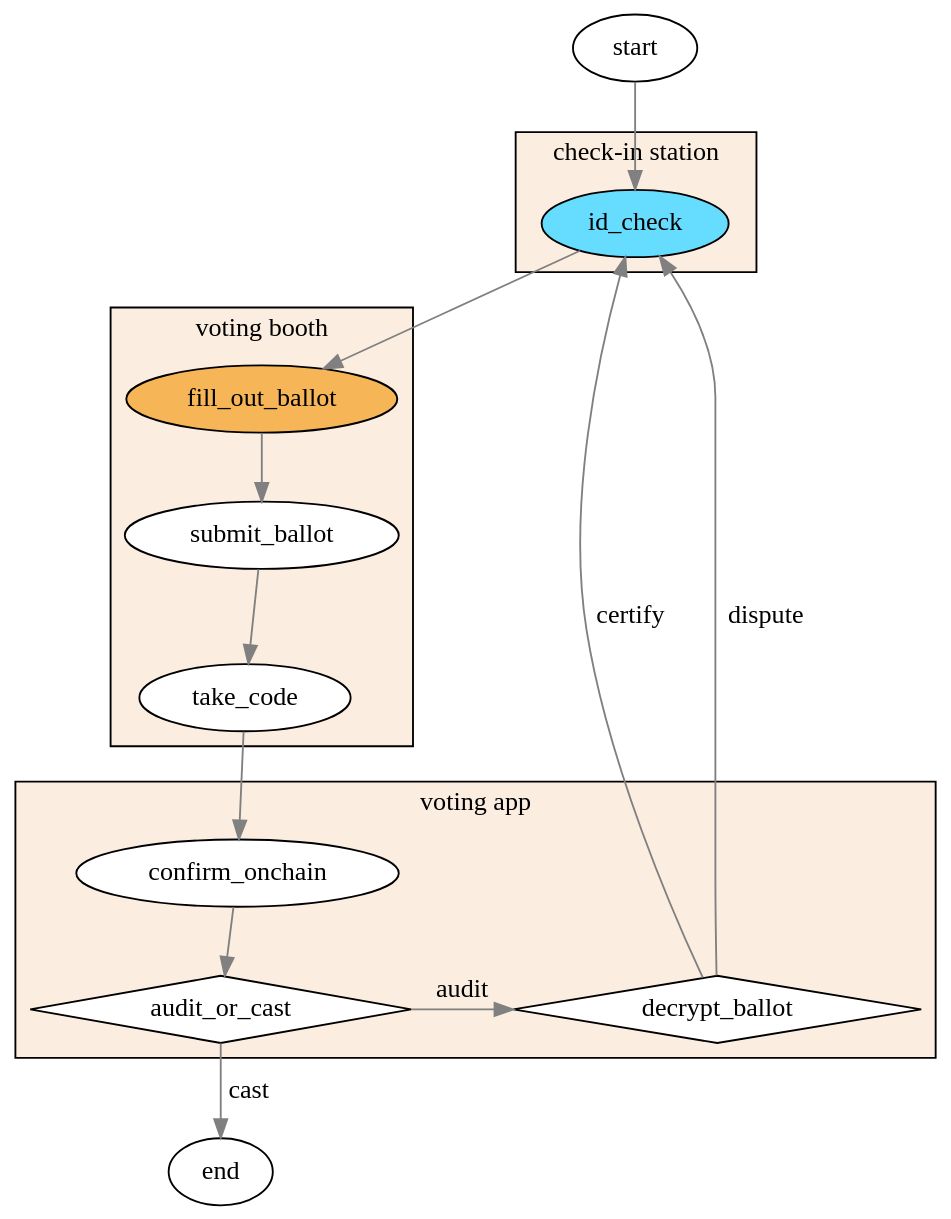
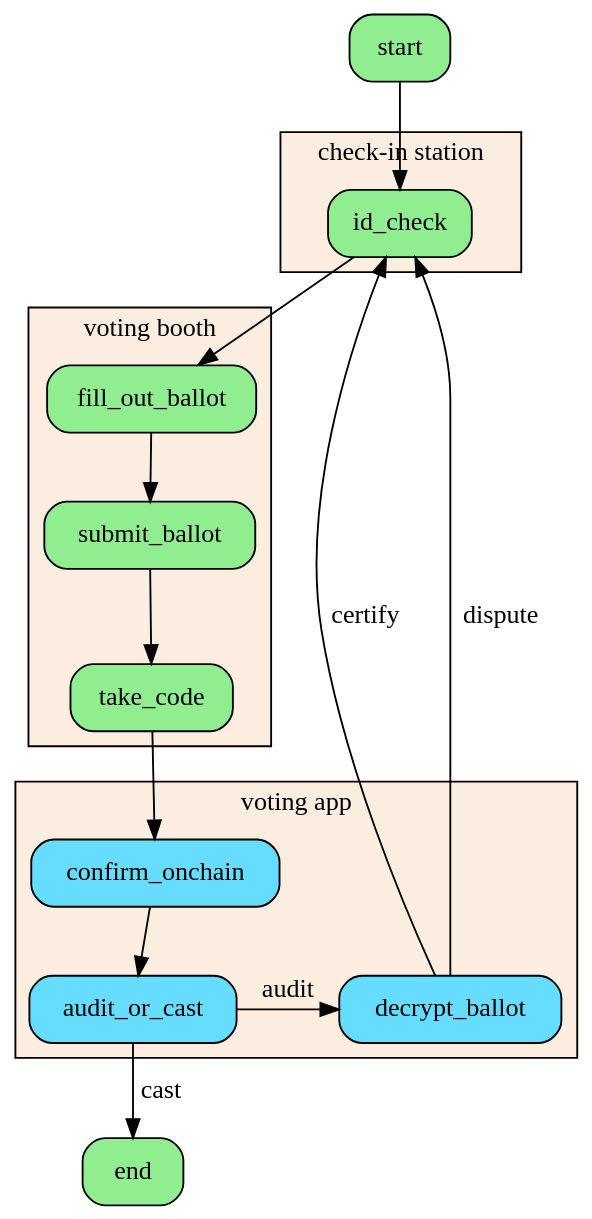
Before and after one commit to jefdaj/cryptoisland: the diagram in src/posts/2024/10/15/mechanics-of-the-benaloh-challenge/proposed-workflow.dot, drawn with Graphviz. The commit also changed 4 other files, not shown here.

```diff
--- a/src/posts/2024/10/15/mechanics-of-the-benaloh-challenge/proposed-workflow.dot
+++ b/src/posts/2024/10/15/mechanics-of-the-benaloh-challenge/proposed-workflow.dot
@@ -1,53 +1,54 @@
 digraph proposed_workflow {
   rankdir=TB
   bgcolor=transparent
-  node [style=filled, fillcolor=white]
-  edge [color=grey]
+  node [shape=box, style="rounded,filled", fillcolor=lightgreen]
+  // edge [color=grey]
 
   start -> id_check
   subgraph cluster_checkin {
     label="check-in station"
     bgcolor="#fbeee0"
     // id_check -> mint_vip_nft
-    id_check [fillcolor="#66ddff"] // blue
+    id_check
   }
   subgraph cluster_votingbooth {
     label="voting booth"
     bgcolor="#fbeee0"
-    fill_out_ballot [fillcolor="#F6B657"] // orange
+    fill_out_ballot
     fill_out_ballot -> submit_ballot -> take_code
   }
   subgraph cluster_phone {
     label="voting app"
     bgcolor="#fbeee0"
-    confirm_onchain 
+    node [fillcolor="#66ddff"] // blue
+    confirm_onchain
     take_code -> confirm_onchain -> audit_or_cast
-    decrypt_ballot [shape=diamond]
-    audit_or_cast [shape=diamond]
+    decrypt_ballot
+    audit_or_cast
     rank=same {audit_or_cast,decrypt_ballot}
     audit_or_cast -> decrypt_ballot [label="audit"]
   }
   // TODO separate post
   // subgraph cluster_checkout {
   //   label="check-out station"
   //   mint_personal_nfts
   // }
   // subgraph cluster_dispute {
   //   label="arbitration"
   //   dispute -> open_ballot_box -> id_check
   // }
   // TODO separate post
   // subgraph cluster_verify {
   //   label="verifier app"
   //   verify_tally -> mint_verifier_nft
   // }
   id_check -> fill_out_ballot
   // audit_or_cast -> mint_personal_nfts [label="cast"]
   audit_or_cast -> end [label="cast"]
   decrypt_ballot -> id_check [label="certify", weight=0]
   decrypt_ballot -> id_check [label="dispute", weight=1]
   // id_check -> mint_personal_nfts [style="dashed"] // leave without voting
   // mint_personal_nfts -> verify_tally
   // mint_personal_nfts -> end
   // mint_verifier_nft -> end
 }
```
